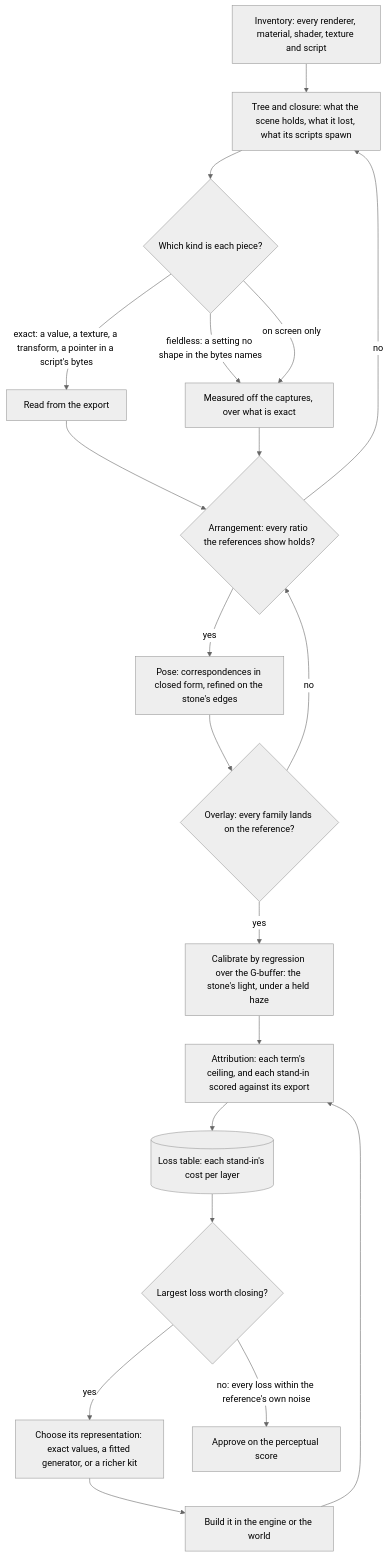
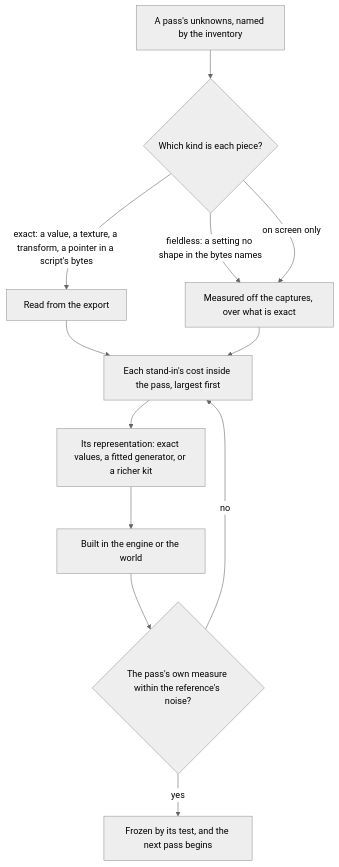
Before and after one commit to Esposter/Esposter: the first of 2 diagrams in apps/web/content/docs/proposals/genshin/scene-derivation.md, drawn with Mermaid (neutral theme). The commit also changed other lines of this file and 15 other files, not shown here.

````diff
--- a/apps/web/content/docs/proposals/genshin/scene-derivation.md
+++ b/apps/web/content/docs/proposals/genshin/scene-derivation.md
@@ -29,22 +29,14 @@
 ```mermaid
 flowchart TD
-  I["Inventory: every renderer, material, shader, texture and script"] --> T["Tree and closure: what the scene holds, what it lost, what its scripts spawn"]
-  T --> K{Which kind is each piece?}
+  I["A pass's unknowns, named by the inventory"] --> K{Which kind is each piece?}
   K -->|"exact: a value, a texture, a transform, a pointer in a script's bytes"| X[Read from the export]
   K -->|"fieldless: a setting no shape in the bytes names"| M[Measured off the captures, over what is exact]
   K -->|"on screen only"| M
-  X --> A{"Arrangement: every ratio the references show holds?"}
-  M --> A
-  A -->|no| T
-  A -->|yes| P["Pose: correspondences in closed form, refined on the stone's edges"]
-  P --> W{"Overlay: every family lands on the reference?"}
-  W -->|no| A
-  W -->|yes| C["Calibrate by regression over the G-buffer: the stone's light, under a held haze"]
-  C --> L["Attribution: each term's ceiling, and each stand-in scored against its export"]
-  L --> TB[(Loss table: each stand-in's cost per layer)]
-  TB --> Q{Largest loss worth closing?}
-  Q -->|yes| R["Choose its representation: exact values, a fitted generator, or a richer kit"]
-  R --> B[Build it in the engine or the world]
-  B --> L
-  Q -->|"no: every loss within the reference's own noise"| D[Approve on the perceptual score]
+  X --> L["Each stand-in's cost inside the pass, largest first"]
+  M --> L
+  L --> R["Its representation: exact values, a fitted generator, or a richer kit"]
+  R --> B[Built in the engine or the world]
+  B --> G{"The pass's own measure within the reference's noise?"}
+  G -->|no| L
+  G -->|yes| F["Frozen by its test, and the next pass begins"]
 ```
````
